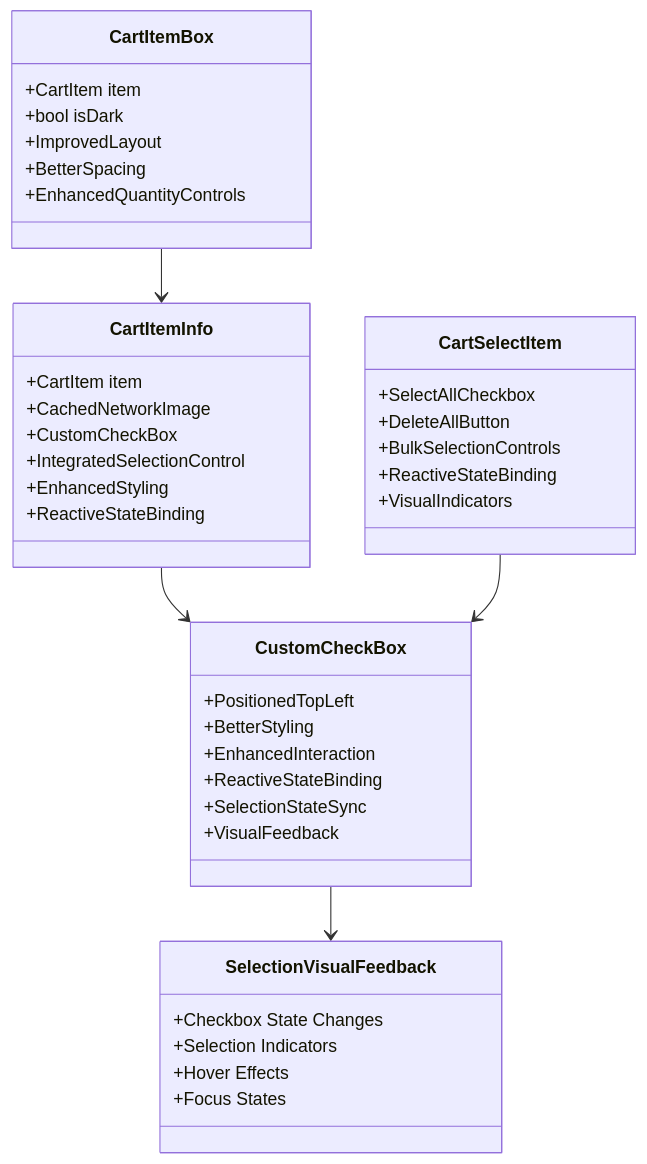
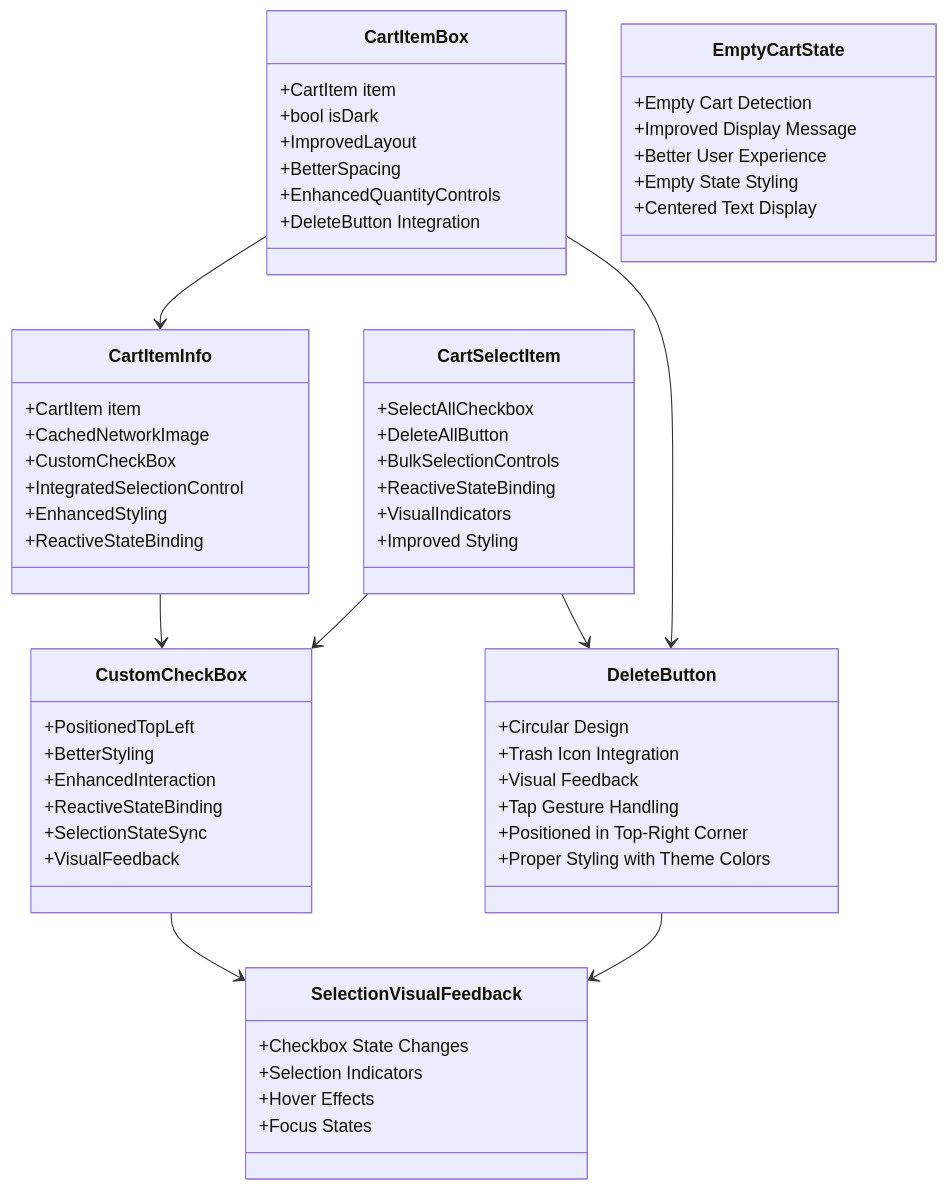
Diagram 22 of 22 in .qoder/repowiki/en/content/Core Features/E-commerce Platform/Shopping Cart System.md (Ariful3111/FurniGo), drawn with Mermaid before and after one commit. The commit also changed other lines of this file and 7 other files, not shown here.

````diff
--- a/.qoder/repowiki/en/content/Core Features/E-commerce Platform/Shopping Cart System.md
+++ b/.qoder/repowiki/en/content/Core Features/E-commerce Platform/Shopping Cart System.md
@@ -782,43 +1144,63 @@
 ```mermaid
 classDiagram
 class CartItemBox {
 +CartItem item
 +bool isDark
 +ImprovedLayout
 +BetterSpacing
 +EnhancedQuantityControls
++DeleteButton Integration
 }
 class CartItemInfo {
 +CartItem item
 +CachedNetworkImage
 +CustomCheckBox
 +IntegratedSelectionControl
 +EnhancedStyling
 +ReactiveStateBinding
 }
 class CustomCheckBox {
 +PositionedTopLeft
 +BetterStyling
 +EnhancedInteraction
 +ReactiveStateBinding
 +SelectionStateSync
 +VisualFeedback
 }
+class DeleteButton {
++Circular Design
++Trash Icon Integration
++Visual Feedback
++Tap Gesture Handling
++Positioned in Top-Right Corner
++Proper Styling with Theme Colors
+}
 class CartSelectItem {
 +SelectAllCheckbox
 +DeleteAllButton
 +BulkSelectionControls
 +ReactiveStateBinding
 +VisualIndicators
++Improved Styling
+}
+class EmptyCartState {
++Empty Cart Detection
++Improved Display Message
++Better User Experience
++Empty State Styling
++Centered Text Display
 }
 class SelectionVisualFeedback {
 +Checkbox State Changes
 +Selection Indicators
 +Hover Effects
 +Focus States
 }
 CartItemBox --> CartItemInfo
+CartItemBox --> DeleteButton
 CartItemInfo --> CustomCheckBox
 CartSelectItem --> CustomCheckBox
+CartSelectItem --> DeleteButton
 CustomCheckBox --> SelectionVisualFeedback
+DeleteButton --> SelectionVisualFeedback
 ```
````
